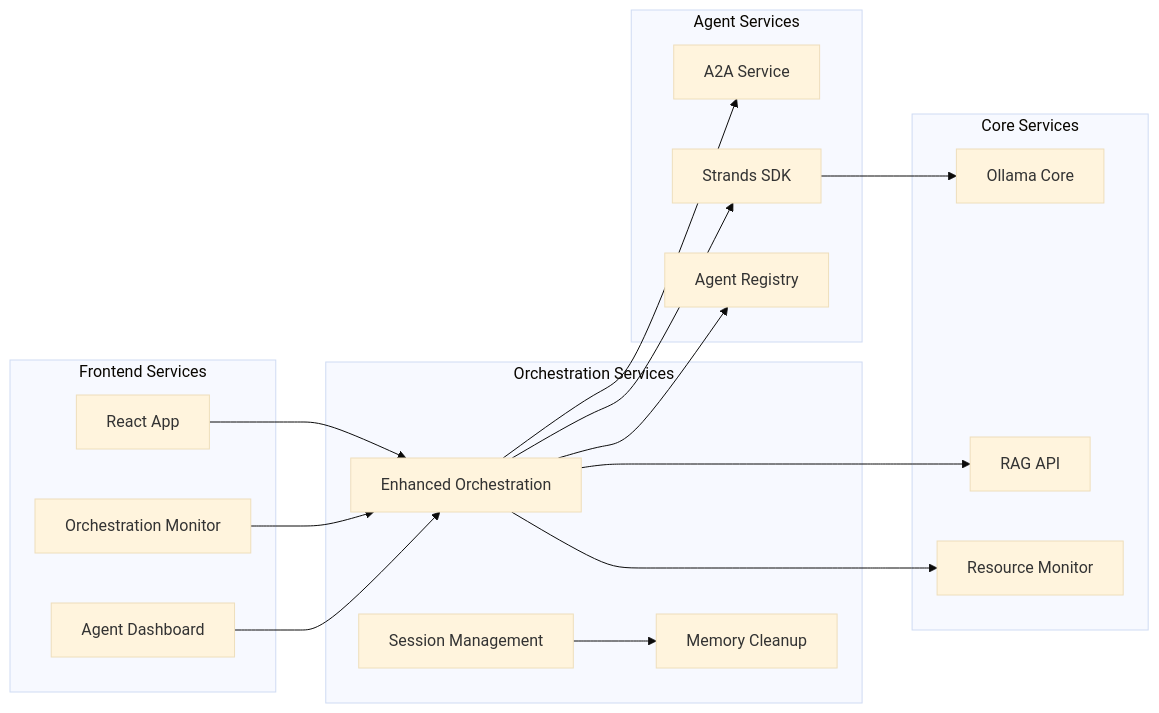
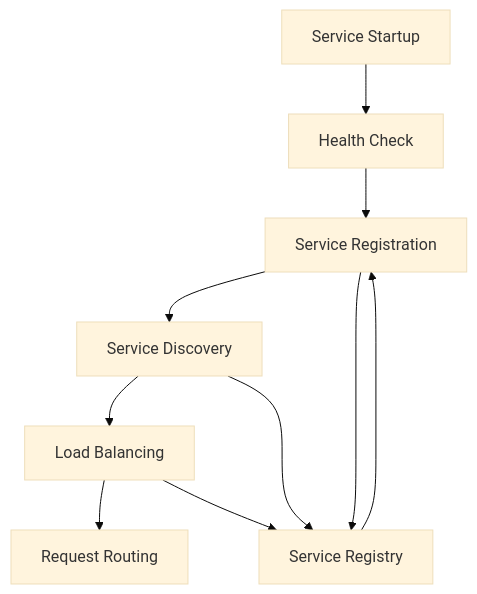
One commit to ashfrnndz21/AgentOS_Latest_Release changed the sixth of 11 diagrams in ARCHITECTURE.md. Above: the diagram before and after it, drawn with Mermaid (base theme). The commit also changed other lines of this file and 174 other files, not shown here.

First line of the commit message:
feat: Enhanced AgentOS Studio Strands v1.1 with comprehensive documentation

````diff
--- a/ARCHITECTURE.md
+++ b/ARCHITECTURE.md
@@ -143,37 +280,13 @@
 ```mermaid
-graph LR
-    subgraph "Frontend Services"
-        F1[React App]
-        F2[Orchestration Monitor]
-        F3[Agent Dashboard]
-    end
+graph TD
+    A[Service Startup] --> B[Health Check]
+    B --> C[Service Registration]
+    C --> D[Service Discovery]
+    D --> E[Load Balancing]
+    E --> F[Request Routing]
     
-    subgraph "Orchestration Services"
-        O1[Enhanced Orchestration]
-        O2[Session Management]
-        O3[Memory Cleanup]
-    end
-    
-    subgraph "Agent Services"
-        A1[A2A Service]
-        A2[Strands SDK]
-        A3[Agent Registry]
-    end
-    
-    subgraph "Core Services"
-        C1[Ollama Core]
-        C2[RAG API]
-        C3[Resource Monitor]
-    end
-    
-    F1 --> O1
-    F2 --> O1
-    F3 --> O1
-    O1 --> A1
-    O1 --> A2
-    O1 --> A3
-    A2 --> C1
-    O1 --> C2
-    O1 --> C3
-    O2 --> O3
+    G[Service Registry] --> C
+    C --> G
+    D --> G
+    E --> G
 ```
````
